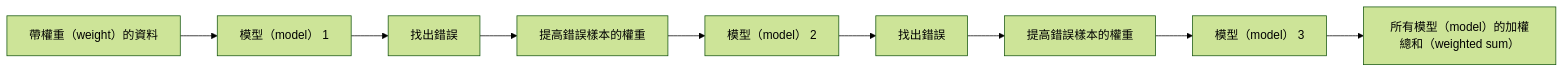
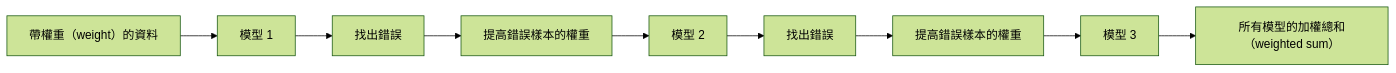
The second of 3 diagrams in i18n/zh-TW/phases/02-ml-fundamentals/11-ensemble-methods/docs/zh-TW.md (edward821220/ai-engineering-from-scratch), drawn with Mermaid (forest theme) before and after one commit. The commit also changed other lines of this file and 123 other files, not shown here.

````diff
--- a/i18n/zh-TW/phases/02-ml-fundamentals/11-ensemble-methods/docs/zh-TW.md
+++ b/i18n/zh-TW/phases/02-ml-fundamentals/11-ensemble-methods/docs/zh-TW.md
@@ -76,11 +76,11 @@
 ```mermaid
 flowchart LR
-    D[帶權重（weight）的資料] --> M1[模型（model） 1]
+    D[帶權重（weight）的資料] --> M1[模型 1]
     M1 --> E1[找出錯誤]
     E1 --> W1[提高錯誤樣本的權重]
-    W1 --> M2[模型（model） 2]
+    W1 --> M2[模型 2]
     M2 --> E2[找出錯誤]
     E2 --> W2[提高錯誤樣本的權重]
-    W2 --> M3[模型（model） 3]
-    M3 --> F[所有模型（model）的加權總和（weighted sum）]
+    W2 --> M3[模型 3]
+    M3 --> F[所有模型的加權總和（weighted sum）]
 ```
````
